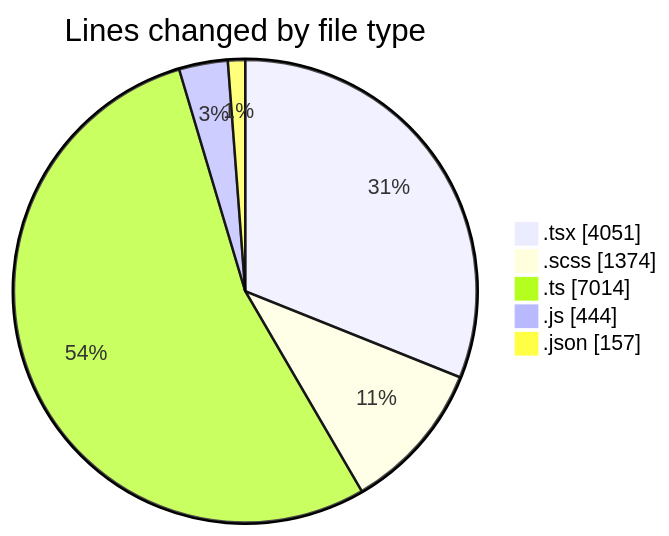
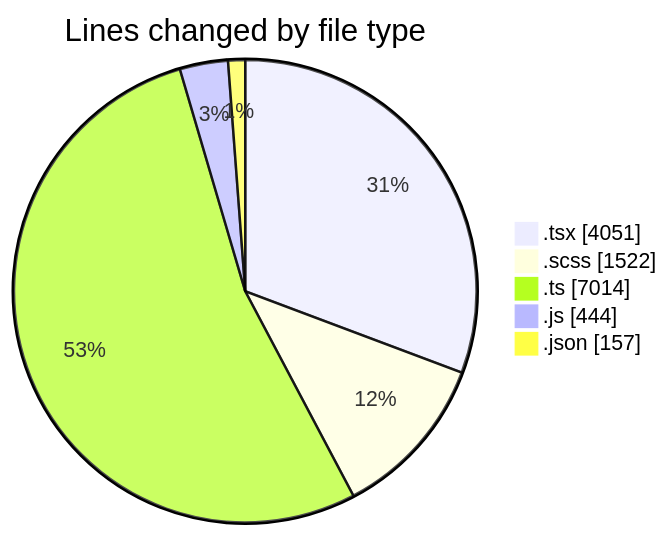
Before and after one commit to momahboobian/code-tracking: the first of 2 diagrams in 2026-04-23/cda/README.md, drawn with Mermaid. The commit also changed other lines of this file and 1 other file, not shown here.

````diff
--- a/2026-04-23/cda/README.md
+++ b/2026-04-23/cda/README.md
@@ -44,9 +44,9 @@
 ```mermaid
 pie showData
 title Lines changed by file type
 ".tsx" : 4051
-".scss" : 1374
+".scss" : 1522
 ".ts" : 7014
 ".js" : 444
 ".json" : 157
 ```
````
